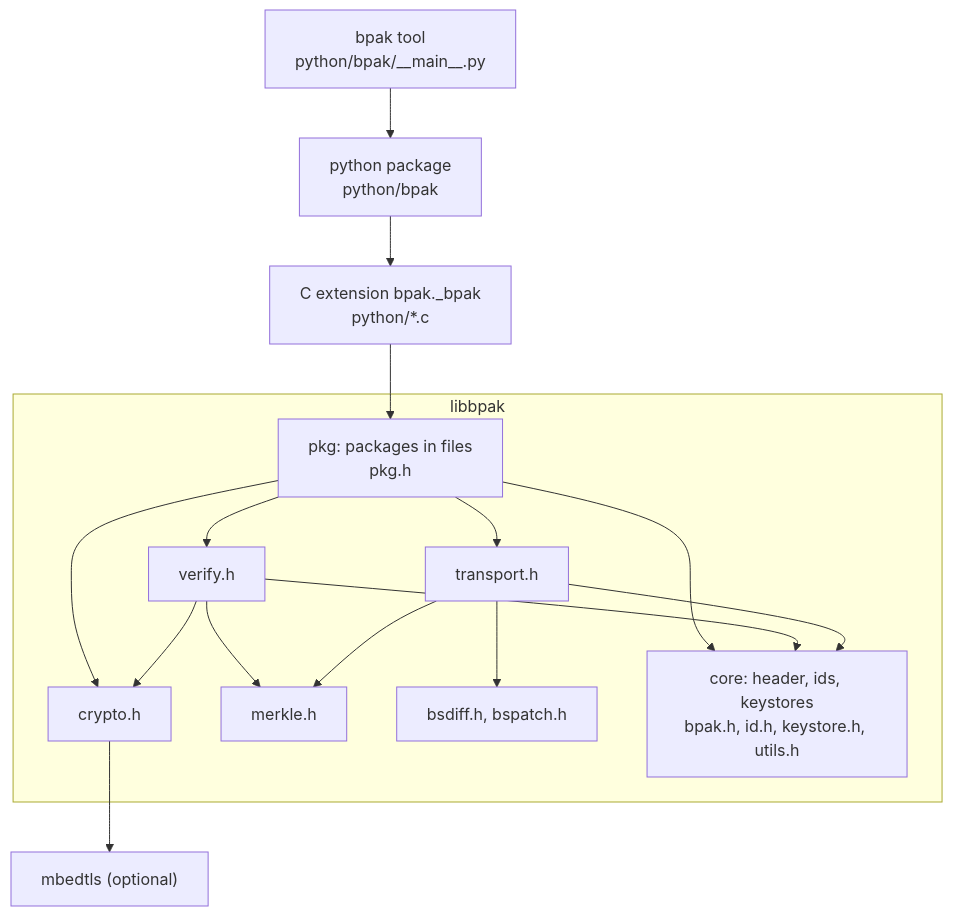
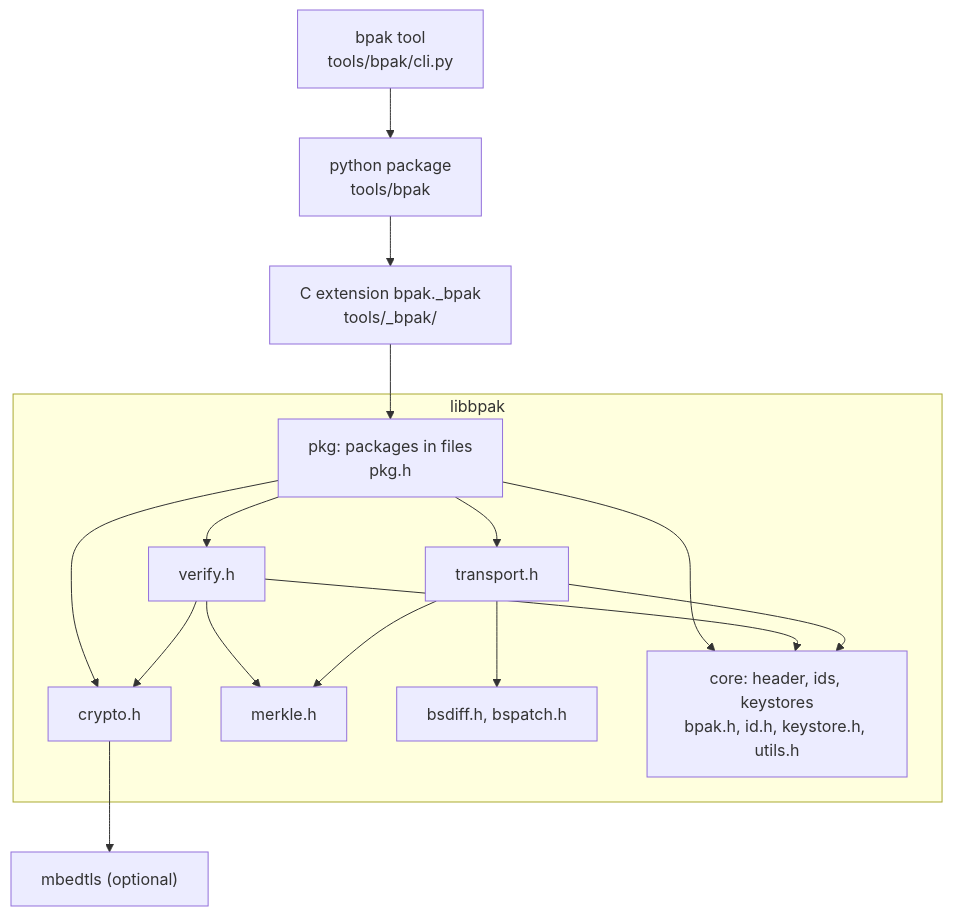
Before and after one commit to jonasblixt/bpak: the diagram in docs/c-library.md, drawn with Mermaid. The commit also changed 19 other files, not shown here.

First line of the commit message:
python: Move the python package, extension and tool to tools/

````diff
--- a/docs/c-library.md
+++ b/docs/c-library.md
@@ -9,21 +9,21 @@
 ```mermaid
 flowchart TD
-    tool["bpak tool<br>python/bpak/__main__.py"] --> python["python package<br>python/bpak"]
-    python --> ext["C extension bpak._bpak<br>python/*.c"]
+    tool["bpak tool<br>tools/bpak/cli.py"] --> python["python package<br>tools/bpak"]
+    python --> ext["C extension bpak._bpak<br>tools/_bpak/"]
     ext --> pkg
     subgraph libbpak
         pkg["pkg: packages in files<br>pkg.h"]
         pkg --> verify["verify.h"]
         pkg --> transport["transport.h"]
         pkg --> crypto["crypto.h"]
         verify --> merkle["merkle.h"]
         transport --> merkle
         transport --> bsdiff["bsdiff.h, bspatch.h"]
         verify --> crypto
         pkg --> core
         verify --> core
         transport --> core
         core["core: header, ids, keystores<br>bpak.h, id.h, keystore.h, utils.h"]
     end
     crypto --> mbedtls["mbedtls (optional)"]
 ```
````
